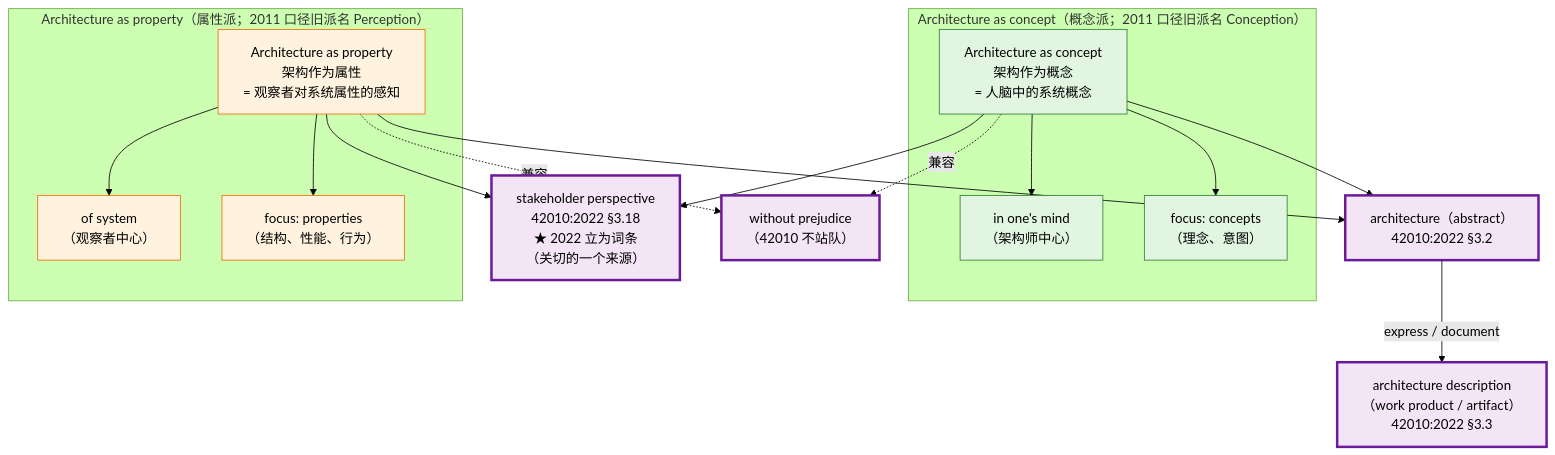
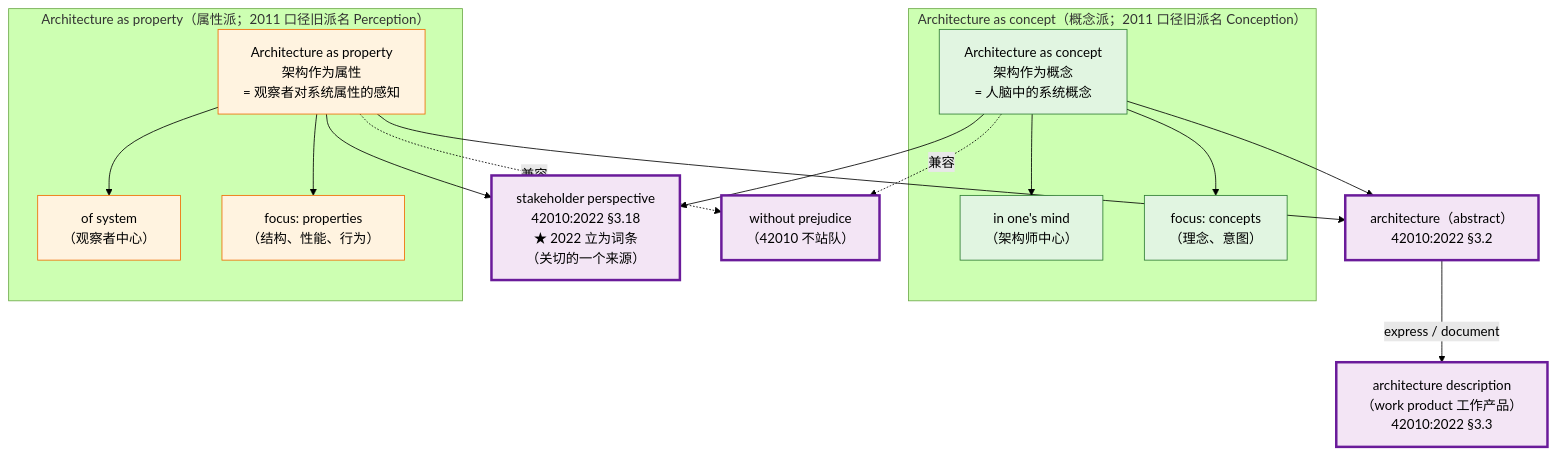
Before and after one commit to Yongjunzhou/business-Engineering: the ninth of 17 diagrams in 10-系统工程研究/00-系统工程相关研究报告/22-架构、概念、属性研究报告—术语权威定义与对照分析.md, drawn with Mermaid (forest theme). The commit also changed other lines of this file and 1 other file, not shown here.

````diff
--- a/10-系统工程研究/00-系统工程相关研究报告/22-架构、概念、属性研究报告—术语权威定义与对照分析.md
+++ b/10-系统工程研究/00-系统工程相关研究报告/22-架构、概念、属性研究报告—术语权威定义与对照分析.md
@@ -853,39 +854,39 @@
 ```mermaid
 flowchart TB
     subgraph "Architecture as concept（概念派；2011 口径旧派名 Conception）"
         C["Architecture as concept<br/>架构作为概念<br/>= 人脑中的系统概念"]
         IC["in one's mind<br/>（架构师中心）"]
         CF["focus: concepts<br/>（理念、意图）"]
         C --> IC
         C --> CF
     end
 
     subgraph "Architecture as property（属性派；2011 口径旧派名 Perception）"
         P["Architecture as property<br/>架构作为属性<br/>= 观察者对系统属性的感知"]
         IP["of system<br/>（观察者中心）"]
         PF["focus: properties<br/>（结构、性能、行为）"]
         P --> IP
         P --> PF
     end
 
     ARCH["architecture（abstract）<br/>42010:2022 §3.2"]
-    AD["architecture description<br/>（work product / artifact）<br/>42010:2022 §3.3"]
+    AD["architecture description<br/>（work product 工作产品）<br/>42010:2022 §3.3"]
     SP["stakeholder perspective<br/>42010:2022 §3.18<br/>★ 2022 立为词条<br/>（关切的一个来源）"]
 
     C --> ARCH
     P --> ARCH
     ARCH -->|"express / document"| AD
     C --> SP
     P --> SP
 
     WITHOUT["without prejudice<br/>（42010 不站队）"]
     C -.兼容.-> WITHOUT
     P -.兼容.-> WITHOUT
 
     classDef conception fill:#e1f5e1,stroke:#2e7d32
     classDef perception fill:#fff3e0,stroke:#ef6c00
     classDef center fill:#f3e5f5,stroke:#6a1b9a,stroke-width:3px
     class C,IC,CF conception
     class P,IP,PF perception
     class ARCH,AD,SP,WITHOUT center
 ```
````
